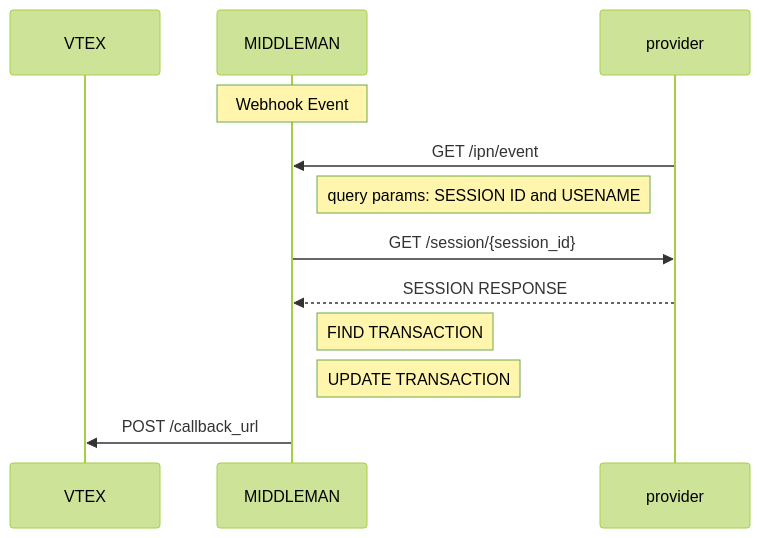
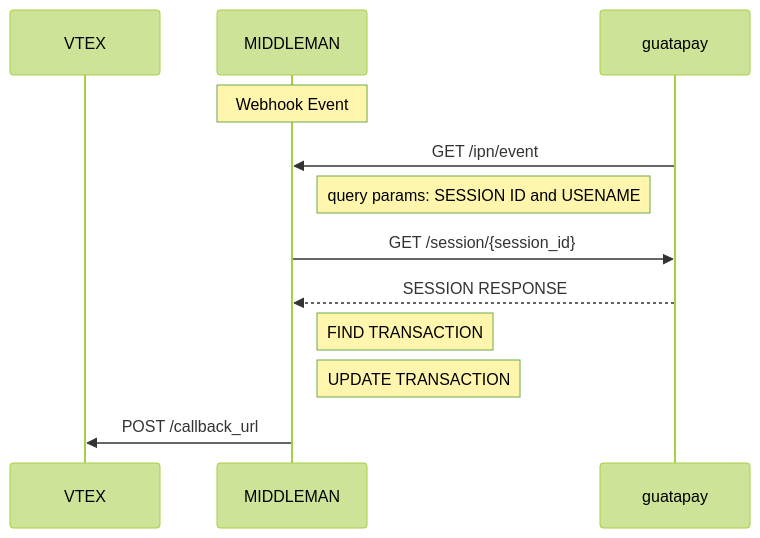
Before and after one commit to gorilla-company/guatapay-vtex-plugin: the second of 6 diagrams in README.md, drawn with Mermaid (forest theme). The commit also changed other lines of this file and 9 other files, not shown here.

````diff
--- a/README.md
+++ b/README.md
@@ -366,16 +366,16 @@
 ```mermaid
 sequenceDiagram
     participant VTEX
     participant MIDDLEMAN
-    participant provider
+    participant guatapay
     Note over MIDDLEMAN: Webhook Event
 
-    provider->>MIDDLEMAN: GET /ipn/event
+    guatapay->>MIDDLEMAN: GET /ipn/event
     Note right of MIDDLEMAN: query params: SESSION ID and USENAME
-    MIDDLEMAN->>provider: GET /session/{session_id}
-    provider-->>MIDDLEMAN: SESSION RESPONSE
+    MIDDLEMAN->>guatapay: GET /session/{session_id}
+    guatapay-->>MIDDLEMAN: SESSION RESPONSE
     Note right of MIDDLEMAN: FIND TRANSACTION
     Note right of MIDDLEMAN: UPDATE TRANSACTION
     MIDDLEMAN->>VTEX: POST /callback_url
 
 ```
````
